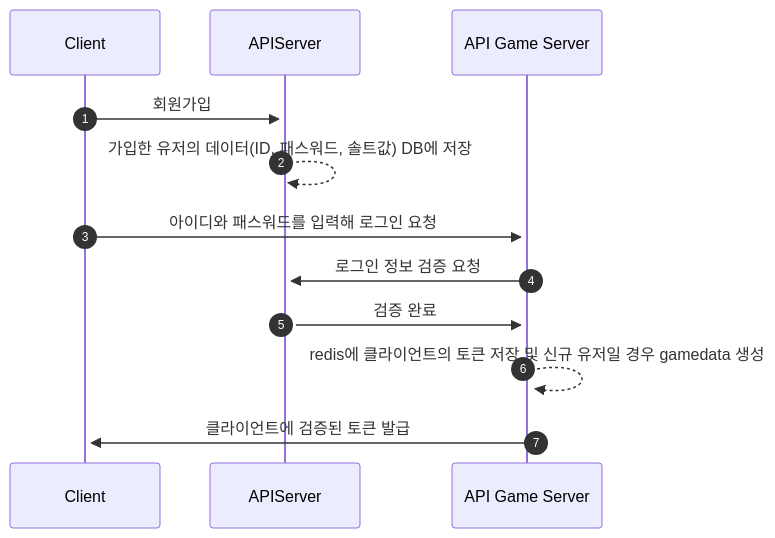
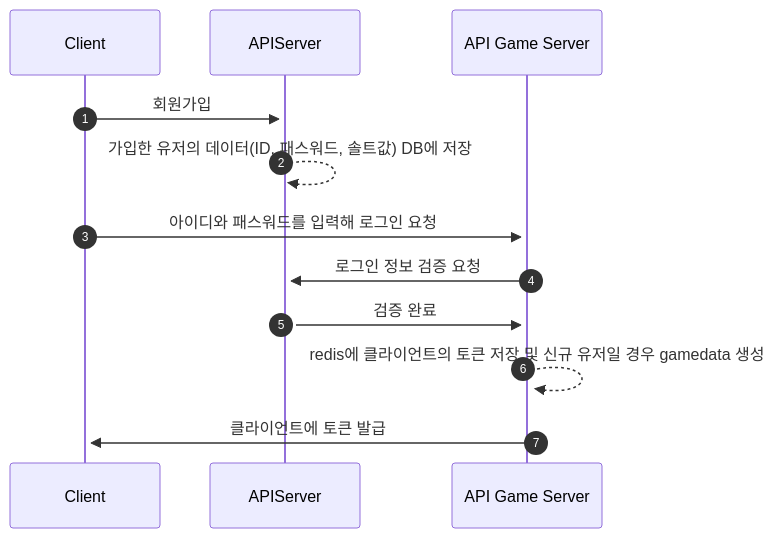
One commit to KMH8359/ServerCampus_APIServer changed the diagram in SequenceDiagram.md. Above: the diagram before and after it, drawn with Mermaid.

````diff
--- a/SequenceDiagram.md
+++ b/SequenceDiagram.md
@@ -1,17 +1,17 @@
 ```mermaid
   sequenceDiagram
     participant client as Client
     participant apiserver as APIServer
     participant apigameserver as API Game Server
     
     autonumber
     
     client ->>+ apiserver: 회원가입
     apiserver -->> apiserver: 가입한 유저의 데이터(ID, 패스워드, 솔트값) DB에 저장
     client ->>+ apigameserver: 아이디와 패스워드를 입력해 로그인 요청
     apigameserver ->> apiserver: 로그인 정보 검증 요청
     apiserver ->>+ apigameserver: 검증 완료
     apigameserver -->> apigameserver: redis에 클라이언트의 토큰 저장 및 신규 유저일 경우 gamedata 생성
-    apigameserver ->>+ client: 클라이언트에 검증된 토큰 발급
+    apigameserver ->>+ client: 클라이언트에 토큰 발급
 
 ```
````
